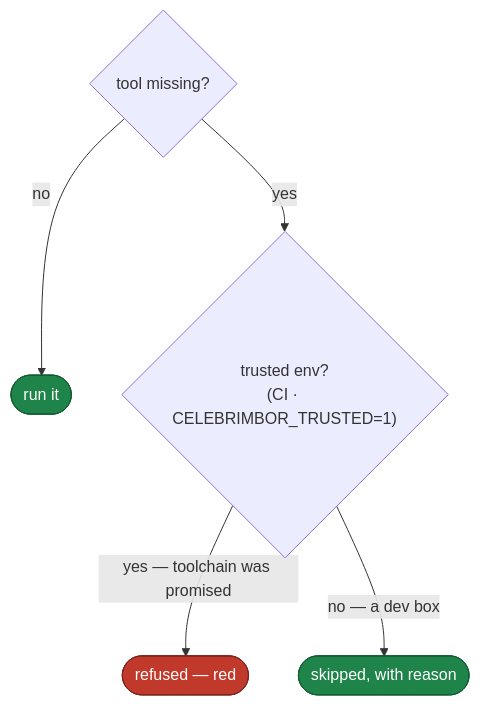
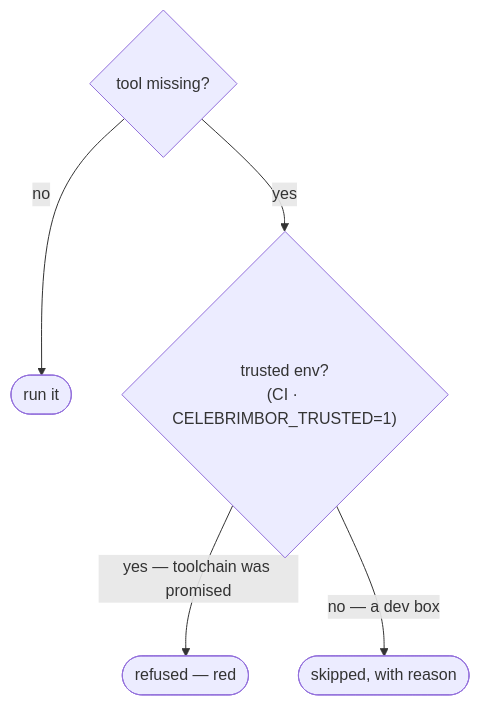
The second of 2 diagrams in docs/concepts/fail-closed.md (clintecker/celebrimbor), drawn with Mermaid before and after one commit. The commit also changed other lines of this file and 12 other files, not shown here.

First line of the commit message:
docs: fix diagram rendering — drop hardcoded mermaid colors, real table headers

````diff
--- a/docs/concepts/fail-closed.md
+++ b/docs/concepts/fail-closed.md
@@ -93,11 +89,7 @@
 ```mermaid
 flowchart TD
     T{tool missing?} -->|no| RUN([run it])
     T -->|yes| E{"trusted env?<br/>(CI · CELEBRIMBOR_TRUSTED=1)"}
     E -->|"yes — toolchain was promised"| R([refused — red])
     E -->|"no — a dev box"| S([skipped, with reason])
-    classDef red fill:#c0392b,stroke:#7b241c,color:#fff
-    classDef green fill:#1e8449,stroke:#145a32,color:#fff
-    class R red
-    class S,RUN green
 ```
````
